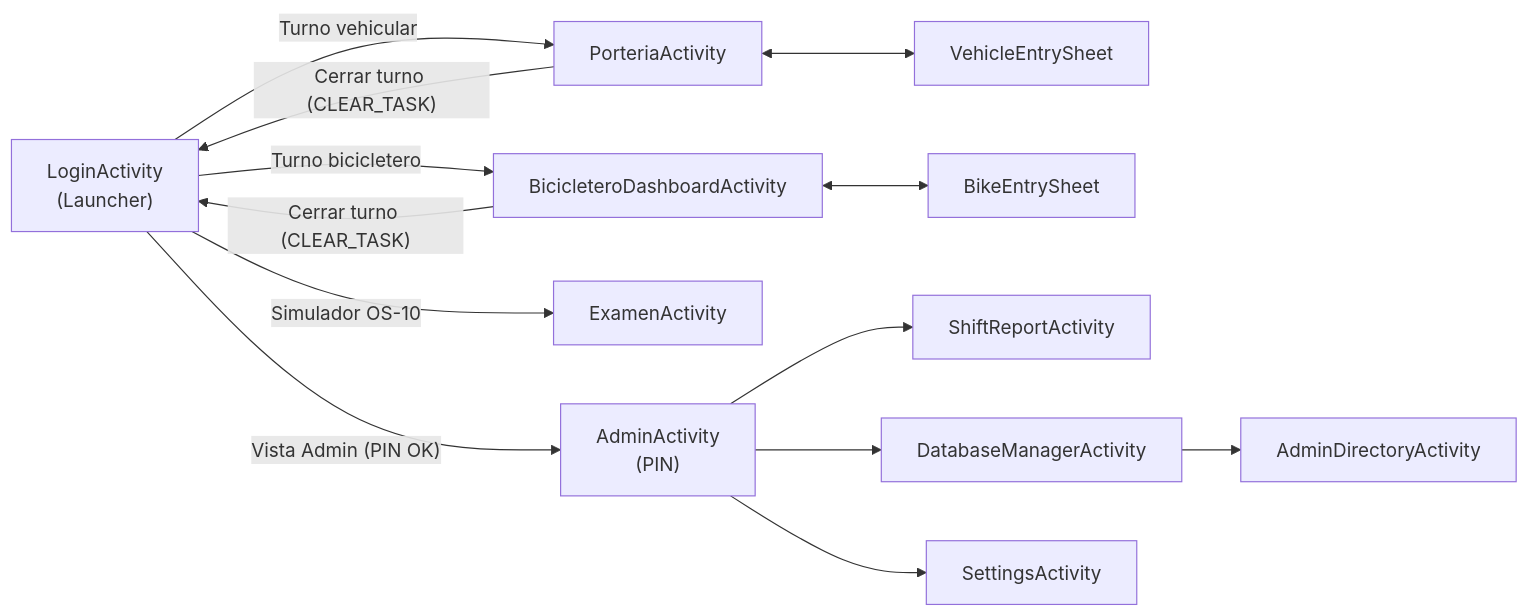
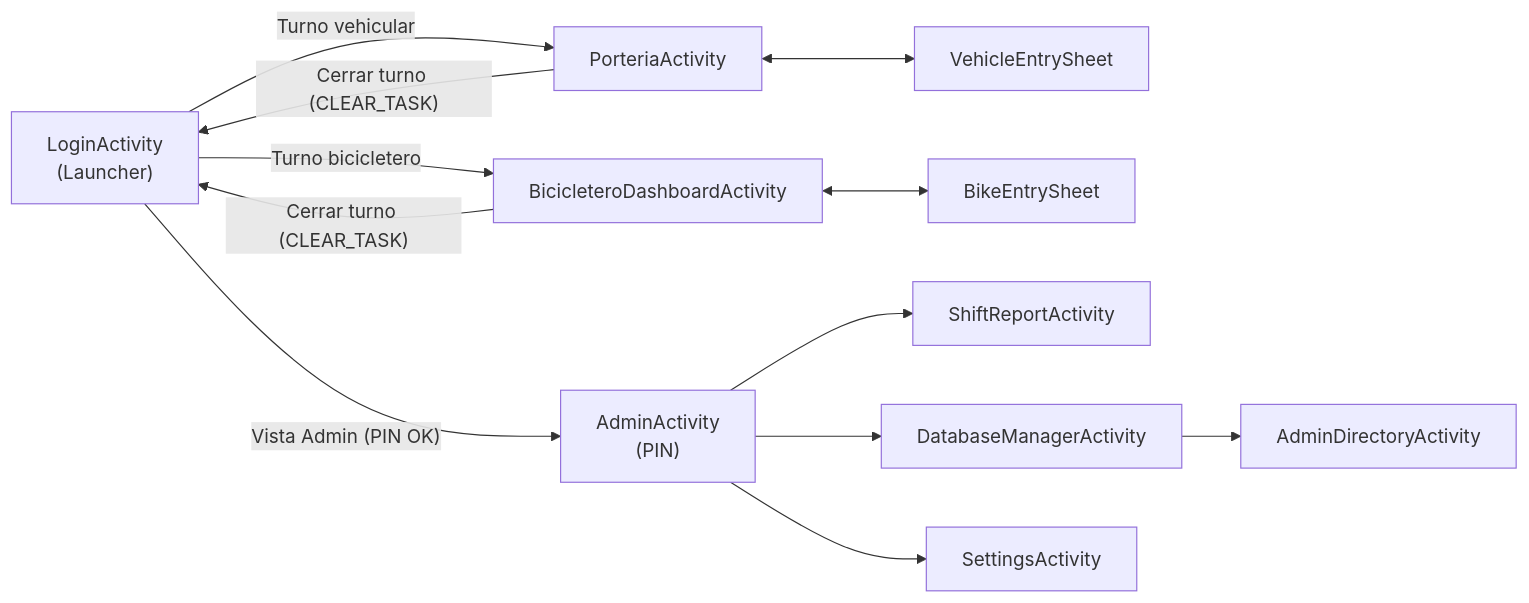
The eighth of 12 diagrams in docs/DIAGRAMS.md (dur1al/controlate-android), drawn with Mermaid before and after one commit. The commit also changed other lines of this file and 106 other files, not shown here.

````diff
--- a/docs/DIAGRAMS.md
+++ b/docs/DIAGRAMS.md
@@ -338,29 +310,27 @@
 ```mermaid
 flowchart LR
     L["LoginActivity<br/>(Launcher)"]
     P["PorteriaActivity"]
     VS["VehicleEntrySheet"]
     B["BicicleteroDashboardActivity"]
     BS["BikeEntrySheet"]
-    E["ExamenActivity"]
     A["AdminActivity<br/>(PIN)"]
     SR["ShiftReportActivity"]
     DM["DatabaseManagerActivity"]
     AD["AdminDirectoryActivity"]
     S["SettingsActivity"]
 
     L -->|"Turno vehicular"| P
     L -->|"Turno bicicletero"| B
-    L -->|"Simulador OS-10"| E
     L -->|"Vista Admin (PIN OK)"| A
 
     P <--> VS
     B <--> BS
     P -->|"Cerrar turno (CLEAR_TASK)"| L
     B -->|"Cerrar turno (CLEAR_TASK)"| L
 
     A --> SR
     A --> DM
     A --> S
     DM --> AD
 ```
````
